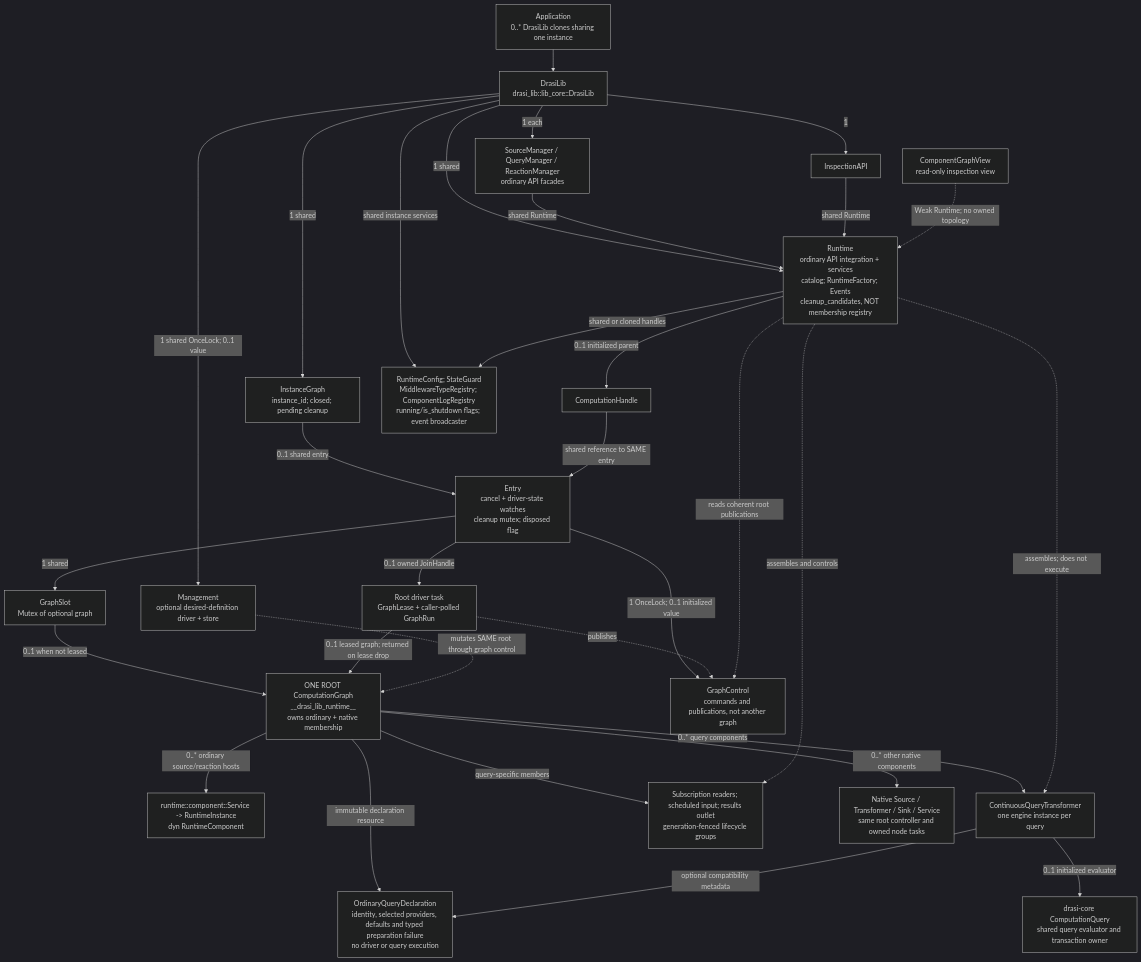
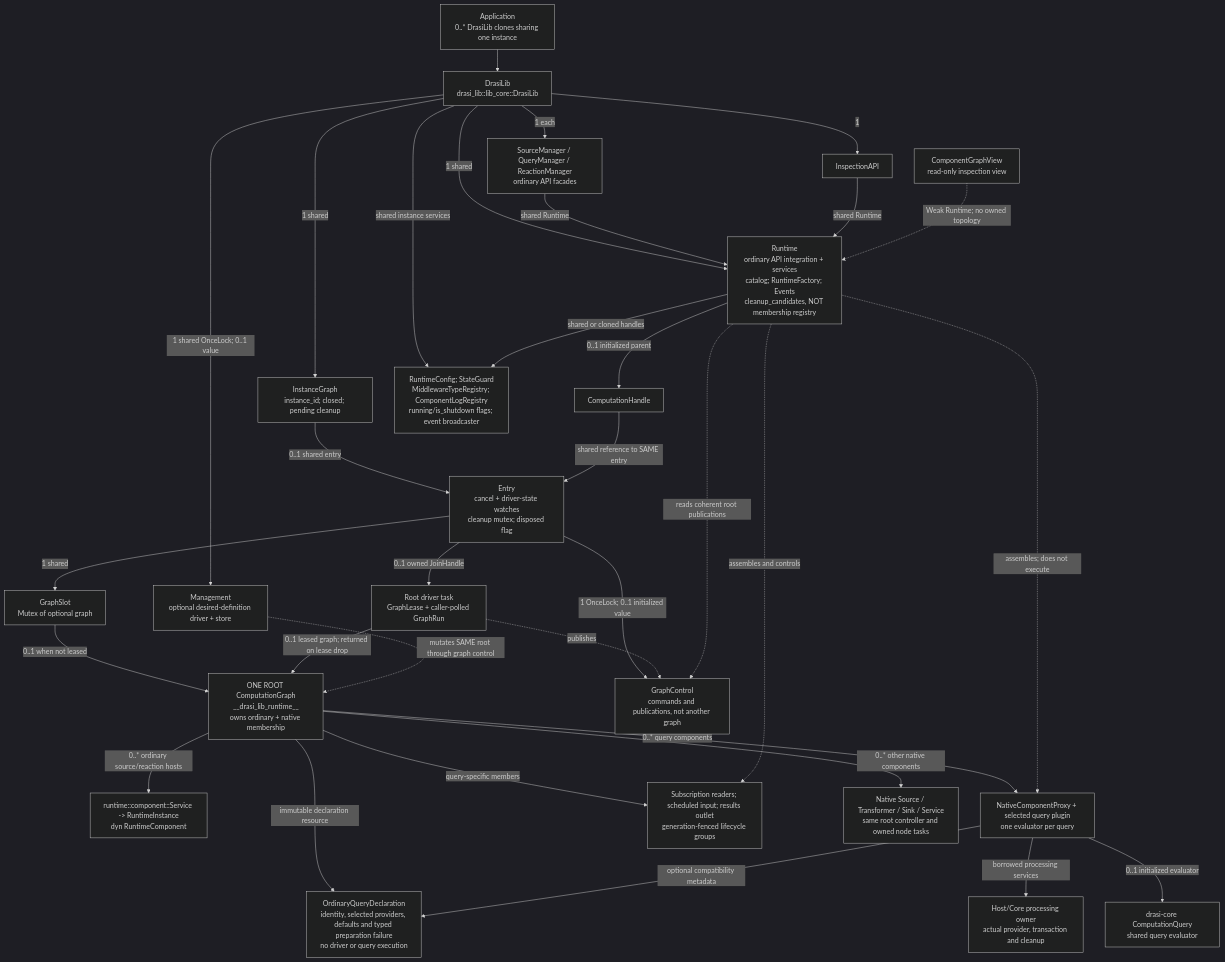
The first of 3 diagrams in lib/docs/runtime-architecture.md (drasi-project/drasi-core), drawn with Mermaid (dark theme) before and after one commit. The commit also changed other lines of this file and 344 other files, not shown here.

First line of the commit message:
feat(computation): add native views, scheduling and reconstruction

````diff
--- a/lib/docs/runtime-architecture.md
+++ b/lib/docs/runtime-architecture.md
@@ -46,37 +46,38 @@
 ```mermaid
 flowchart TB
   app["Application<br/>0..* DrasiLib clones sharing one instance"]
   lib["DrasiLib<br/>drasi_lib::lib_core::DrasiLib"]
   app --> lib
   lib -->|"1 shared"| owner["InstanceGraph<br/>instance_id; closed; pending cleanup"]
   owner -->|"0..1 shared entry"| entry["Entry<br/>cancel + driver-state watches<br/>cleanup mutex; disposed flag"]
   entry -->|"1 shared"| slot["GraphSlot<br/>Mutex of optional graph"]
   entry -->|"0..1 owned JoinHandle"| driver["Root driver task<br/>GraphLease + caller-polled GraphRun"]
   slot -->|"0..1 when not leased"| root["ONE ROOT ComputationGraph<br/>__drasi_lib_runtime__<br/>owns ordinary + native membership"]
   driver -->|"0..1 leased graph; returned on lease drop"| root
   entry -->|"1 OnceLock; 0..1 initialized value"| ctl["GraphControl<br/>commands and publications, not another graph"]
   driver -.->|"publishes"| ctl
   lib -->|"1 shared"| runtime["Runtime<br/>ordinary API integration + services<br/>catalog; RuntimeFactory; Events<br/>cleanup_candidates, NOT membership registry"]
   runtime -->|"0..1 initialized parent"| handle["ComputationHandle"]
   handle -->|"shared reference to SAME entry"| entry
   lib -->|"1 each"| facades["SourceManager / QueryManager / ReactionManager<br/>ordinary API facades"]
   facades -->|"shared Runtime"| runtime
   lib -->|"1"| inspect["InspectionAPI"]
   inspect -->|"shared Runtime"| runtime
   view["ComponentGraphView<br/>read-only inspection view"]
   view -.->|"Weak Runtime; no owned topology"| runtime
   runtime -.->|"reads coherent root publications"| ctl
   lib -->|"1 shared OnceLock; 0..1 value"| management["Management<br/>optional desired-definition driver + store"]
   management -.->|"mutates SAME root through graph control"| root
   lib -->|"shared instance services"| services["RuntimeConfig; StateGuard<br/>MiddlewareTypeRegistry; ComponentLogRegistry<br/>running/is_shutdown flags; event broadcaster"]
   runtime -->|"shared or cloned handles"| services
   root -->|"0..* ordinary source/reaction hosts"| host["runtime::component::Service -> RuntimeInstance<br/>dyn RuntimeComponent"]
-  root -->|"0..* query components"| query["ContinuousQueryTransformer<br/>one engine instance per query"]
-  query -->|"0..1 initialized evaluator"| engine["drasi-core ComputationQuery<br/>shared query evaluator and transaction owner"]
+  root -->|"0..* query components"| query["NativeComponentProxy + selected query plugin<br/>one evaluator per query"]
+  query -->|"0..1 initialized evaluator"| engine["drasi-core ComputationQuery<br/>shared query evaluator"]
+  query -->|"borrowed processing services"| processing["Host/Core processing owner<br/>actual provider, transaction and cleanup"]
   root -->|"query-specific members"| helpers["Subscription readers; scheduled input; results outlet<br/>generation-fenced lifecycle groups"]
   runtime -.->|"assembles; does not execute"| query
   runtime -.->|"assembles and controls"| helpers
   root -->|"immutable declaration resource"| declaration["OrdinaryQueryDeclaration<br/>identity, selected providers, defaults and typed preparation failure<br/>no driver or query execution"]
   query -->|"optional compatibility metadata"| declaration
   root -->|"0..* other native components"| native["Native Source / Transformer / Sink / Service<br/>same root controller and owned node tasks"]
 ```
````
